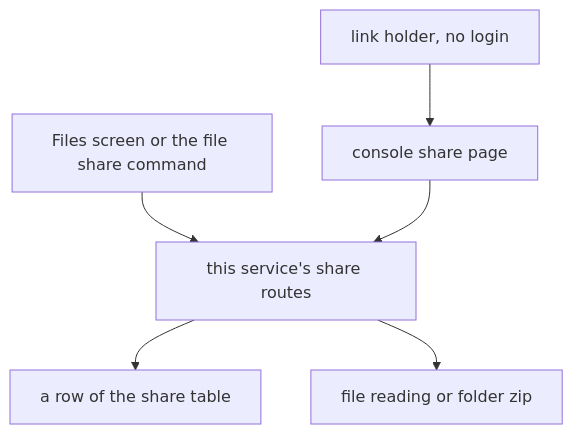
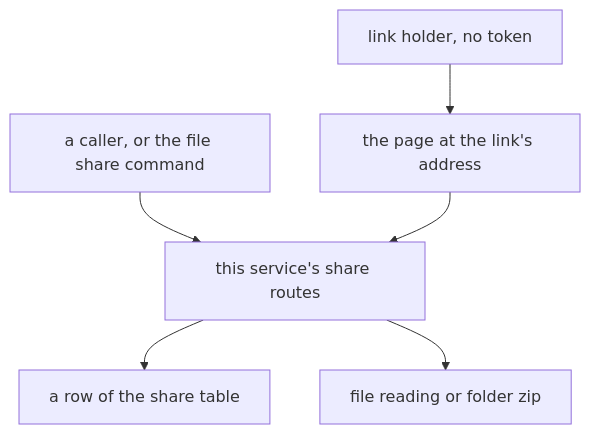
One commit to ahas/bmo-drive changed the second of 2 diagrams in docs/files.md. Above: the diagram before and after it, drawn with Mermaid. The commit also changed other lines of this file and 64 other files, not shown here.

````diff
--- a/docs/files.md
+++ b/docs/files.md
@@ -241,8 +239,8 @@
 ```mermaid
 flowchart TD
-  Make[Files screen or the file share command] --> Drive[this service's share routes]
-  Holder[link holder, no login] --> Page[console share page]
+  Make[a caller, or the file share command] --> Drive[this service's share routes]
+  Holder[link holder, no token] --> Page[the page at the link's address]
   Page --> Drive
   Drive --> Row[a row of the share table]
   Drive --> Read[file reading or folder zip]
 ```
````
